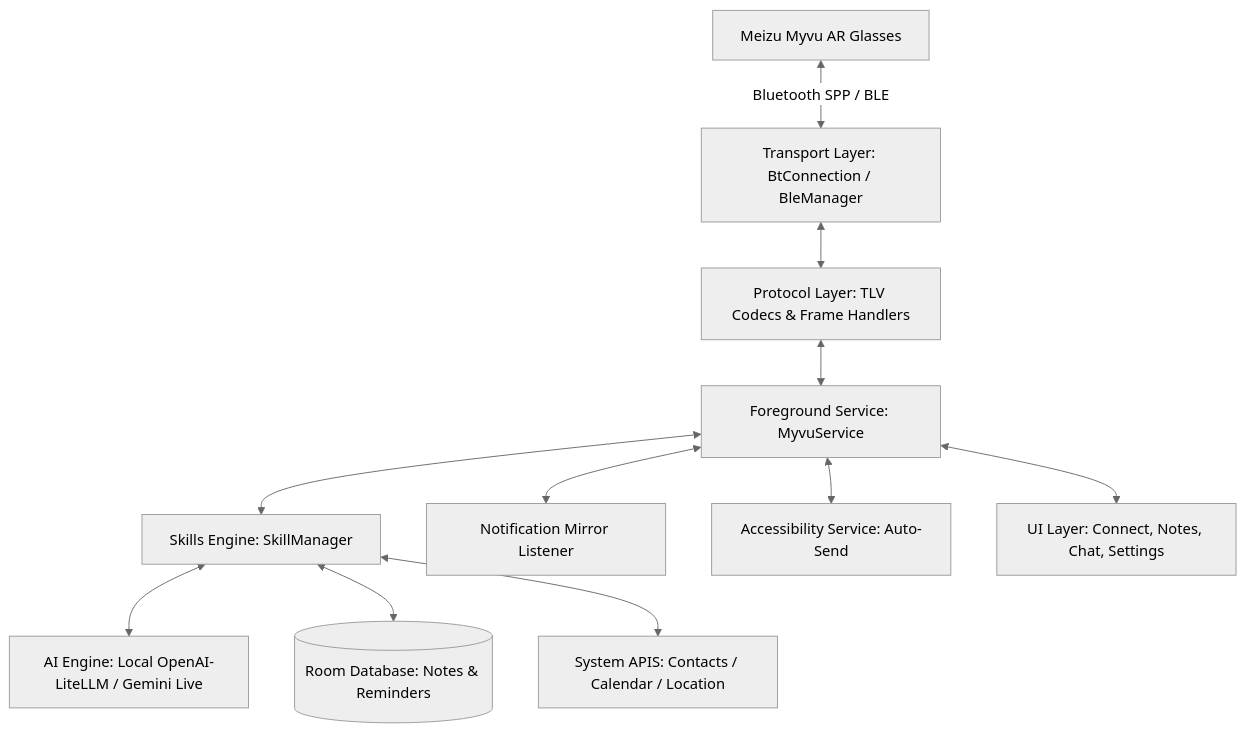
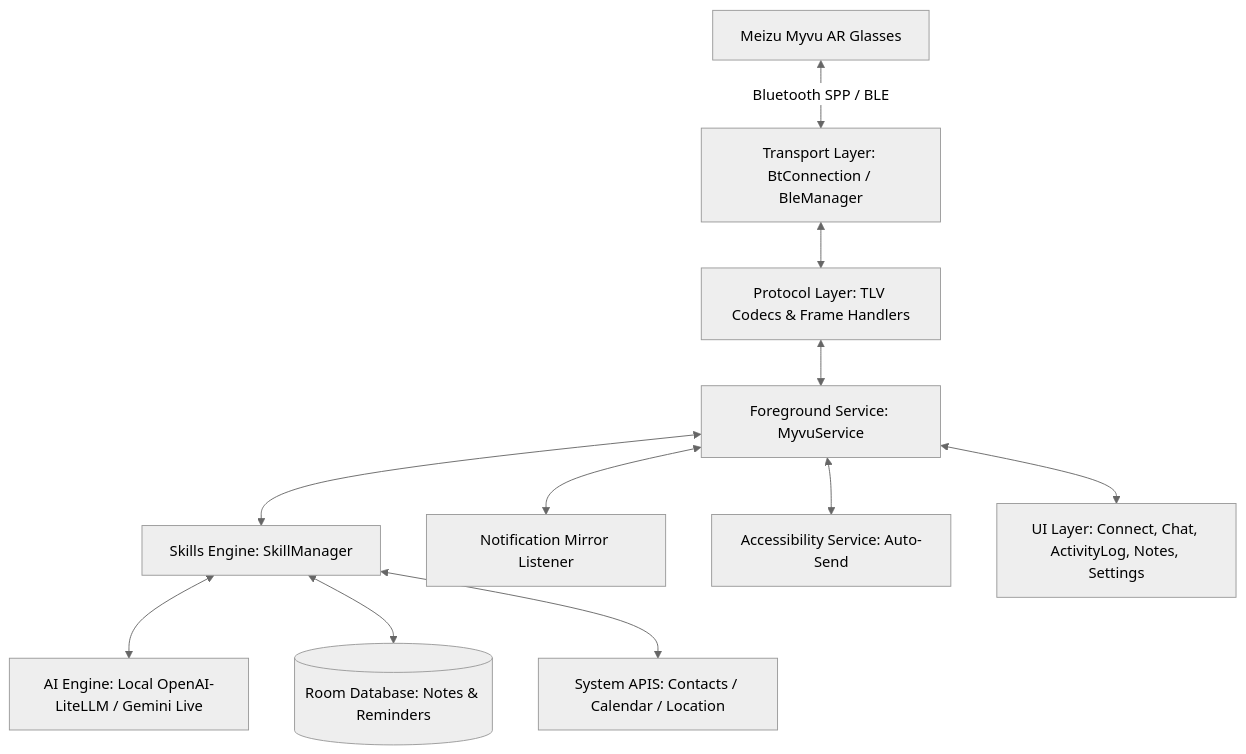
One commit to ralamgstromg/Meizu-Myvu-Client changed the diagram in android-kotlin/README.md. Above: the diagram before and after it, drawn with Mermaid (neutral theme). The commit also changed other lines of this file and 182 other files, not shown here.

````diff
--- a/android-kotlin/README.md
+++ b/android-kotlin/README.md
@@ -60,16 +151,16 @@
 ```mermaid
 graph TD
     Glasses[Meizu Myvu AR Glasses] <--> |Bluetooth SPP / BLE| Transport[Transport Layer: BtConnection / BleManager]
     Transport <--> Protocol[Protocol Layer: TLV Codecs & Frame Handlers]
     Protocol <--> Service[Foreground Service: MyvuService]
 
     Service <--> Skills[Skills Engine: SkillManager]
     Service <--> Mirror[Notification Mirror Listener]
     Service <--> AutoSend[Accessibility Service: Auto-Send]
 
     Skills <--> AI[AI Engine: Local OpenAI-LiteLLM / Gemini Live]
     Skills <--> DB[(Room Database: Notes & Reminders)]
     Skills <--> External[System APIS: Contacts / Calendar / Location]
 
-    Service <--> UI[UI Layer: Connect, Notes, Chat, Settings]
+    Service <--> UI[UI Layer: Connect, Chat, ActivityLog, Notes, Settings]
 ```
````
